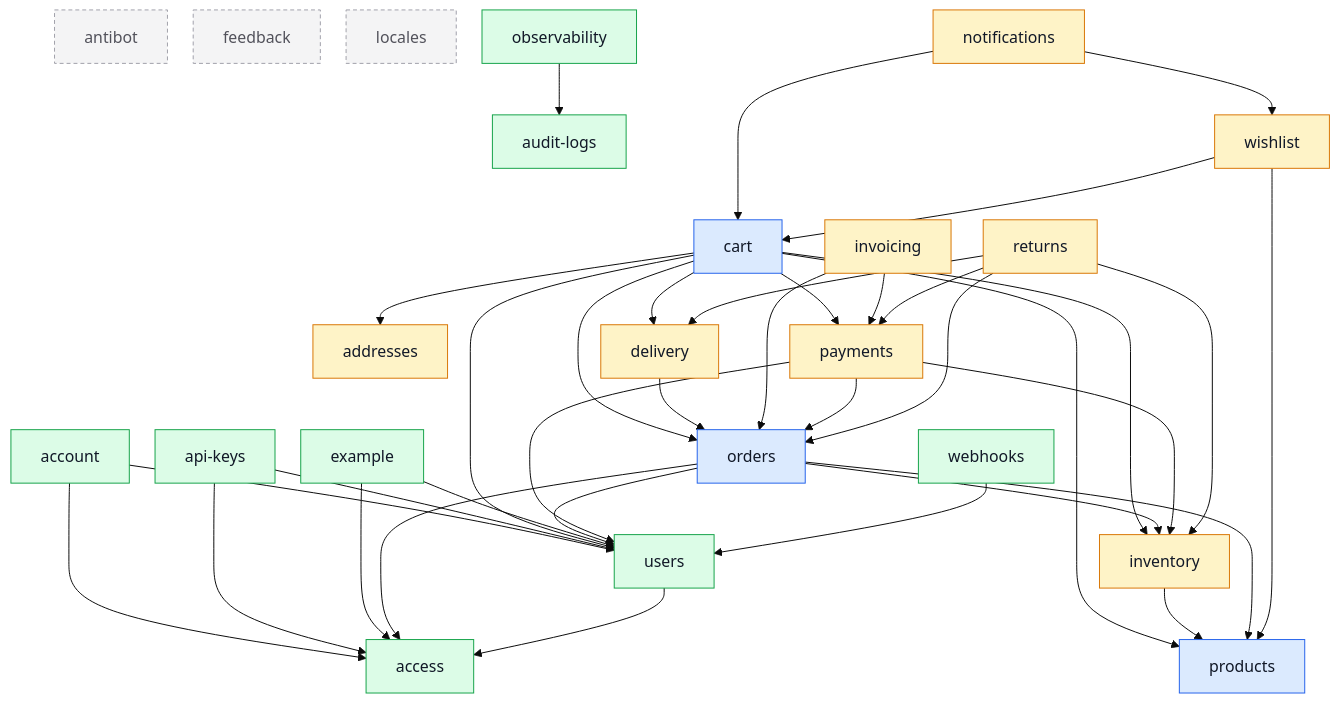
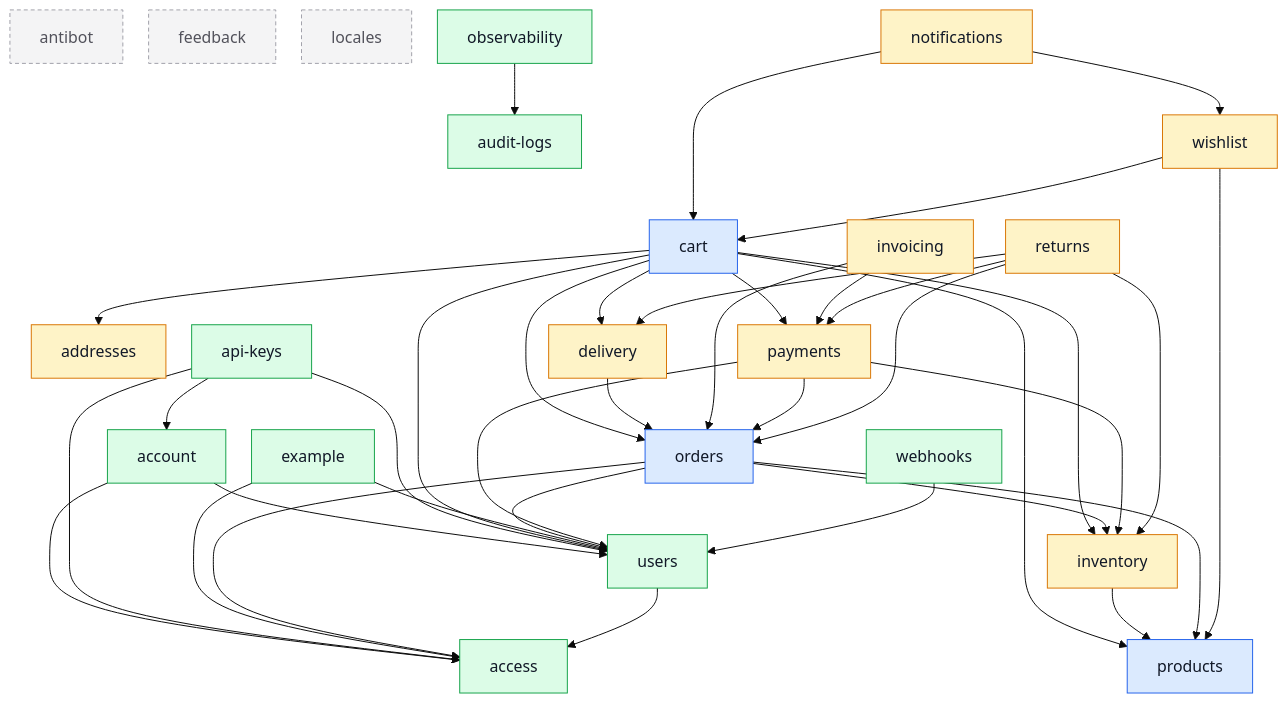
One commit to Guebbit/boilerplate-node-backend changed the diagram in docs/modules/index.md. Above: the diagram before and after it, drawn with Mermaid (base theme). The commit also changed other lines of this file and 29 other files, not shown here.

First line of the commit message:
feat(api-keys)!: minting needs a fresh session, every key expires, and a compromise revokes them

````diff
--- a/docs/modules/index.md
+++ b/docs/modules/index.md
@@ -40,71 +40,72 @@
 ```mermaid
 %%{init: {'flowchart': {'nodeSpacing': 26, 'rankSpacing': 52}}}%%
 flowchart TD
     access
     account
     addresses
     antibot
     api_keys["api-keys"]
     audit_logs["audit-logs"]
     cart
     delivery
     example
     feedback
     inventory
     invoicing
     locales
     notifications
     observability
     orders
     payments
     products
     returns
     users
     webhooks
     wishlist
 
     account --> access
     account --> users
     api_keys --> access
+    api_keys --> account
     api_keys --> users
     cart --> addresses
     cart --> delivery
     cart --> inventory
     cart --> orders
     cart --> payments
     cart --> products
     cart --> users
     delivery --> orders
     example --> access
     example --> users
     inventory --> products
     invoicing --> orders
     invoicing --> payments
     notifications --> cart
     notifications --> wishlist
     observability --> audit_logs
     orders --> access
     orders --> inventory
     orders --> products
     orders --> users
     payments --> inventory
     payments --> orders
     payments --> users
     returns --> delivery
     returns --> inventory
     returns --> orders
     returns --> payments
     users --> access
     webhooks --> users
     wishlist --> cart
     wishlist --> products
 
     classDef core fill:#dbeafe,stroke:#2563eb,color:#111827;
     classDef supporting fill:#fef3c7,stroke:#d97706,color:#111827;
     classDef generic fill:#dcfce7,stroke:#16a34a,color:#111827;
     classDef isolated fill:#f4f4f5,stroke:#a1a1aa,color:#52525b,stroke-dasharray:4 3;
     class cart,orders,products core;
     class addresses,delivery,inventory,invoicing,notifications,payments,returns,wishlist supporting;
     class access,account,api_keys,audit_logs,example,observability,users,webhooks generic;
     class antibot,feedback,locales isolated;
 ```
````
